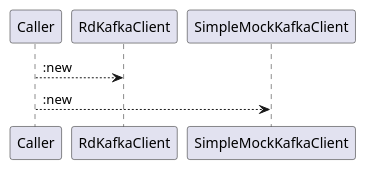
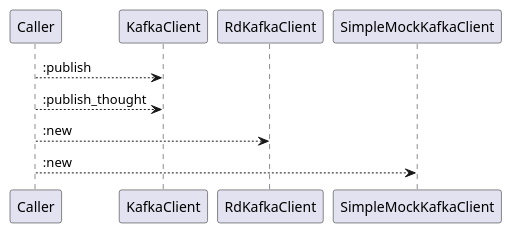
Before and after one commit to lgcorzo/rust_CACD_autonomous_factory: the fifth of 6 diagrams in openwiki/crates_factory_infrastructure_src_kafka.md, drawn with PlantUML. The commit also changed other lines of this file and 96 other files, not shown here.

````diff
--- a/openwiki/crates_factory_infrastructure_src_kafka.md
+++ b/openwiki/crates_factory_infrastructure_src_kafka.md
@@ -189,7 +253,9 @@
 ```plantuml
 @startuml
+Caller --> KafkaClient::publish
+Caller --> KafkaClient::publish_thought
 Caller --> RdKafkaClient::new
 Caller --> SimpleMockKafkaClient::new
 @enduml
 
 ```
````
